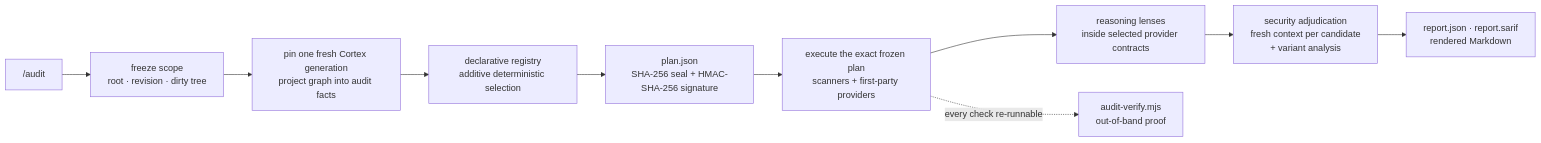
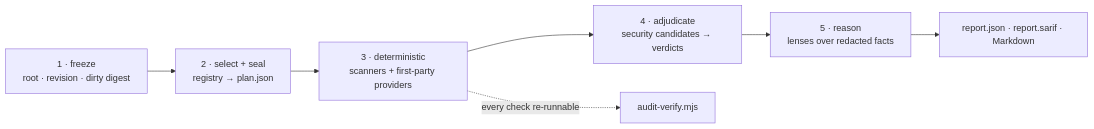
One commit to Orthic-Labs/legion changed the diagram in README.md. Above: the diagram before and after it, drawn with Mermaid. The commit also changed other lines of this file, not shown here.

Commit message:
docs: rewrite README around mechanics — stage order, selection rules, provider roles, security pipeline, audit-fix loop

````diff
--- a/README.md
+++ b/README.md
@@ -21,12 +30,9 @@
 ```mermaid
 flowchart LR
-    A["/audit"] --> B["freeze scope<br/>root · revision · dirty tree"]
-    B --> C["pin one fresh Cortex generation<br/>project graph into audit facts"]
-    C --> D["declarative registry<br/>additive deterministic selection"]
-    D --> E["plan.json<br/>SHA-256 seal + HMAC-SHA-256 signature"]
-    E --> F["execute the exact frozen plan<br/>scanners + first-party providers"]
-    F --> G["reasoning lenses<br/>inside selected provider contracts"]
-    G --> H["security adjudication<br/>fresh context per candidate<br/>+ variant analysis"]
-    H --> I["report.json · report.sarif<br/>rendered Markdown"]
-    F -. every check re-runnable .-> P["audit-verify.mjs<br/>out-of-band proof"]
+    A["1 · freeze<br/>root · revision · dirty digest"] --> B["2 · select + seal<br/>registry → plan.json"]
+    B --> C["3 · deterministic<br/>scanners + first-party providers"]
+    C --> D["4 · adjudicate<br/>security candidates → verdicts"]
+    D --> E["5 · reason<br/>lenses over redacted facts"]
+    E --> F["report.json · report.sarif · Markdown"]
+    C -. every check re-runnable .-> V["audit-verify.mjs"]
 ```
````
